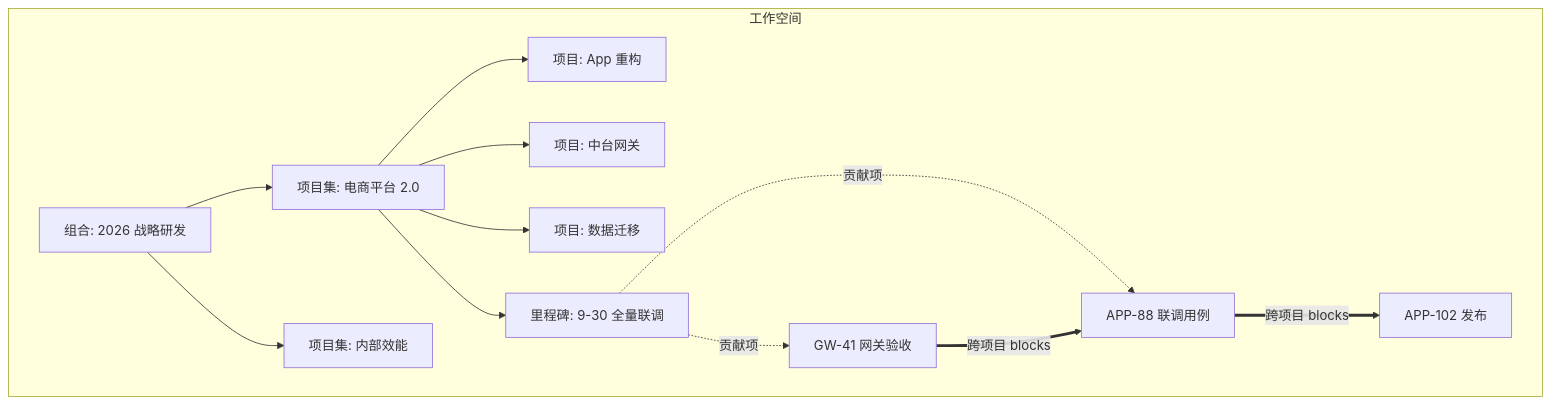
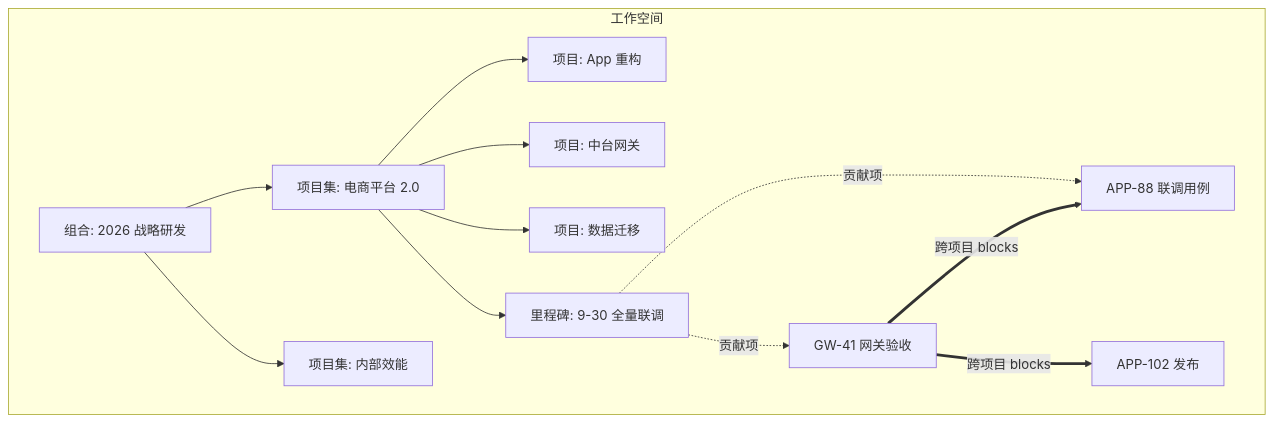
One commit to RabbitAI-Lab/RabbitProjects changed the first of 3 diagrams in docs/sprint-9-enterprise-portfolio/PROJ-004-portfolio.md. Above: the diagram before and after it, drawn with Mermaid. The commit also changed other lines of this file and 5 other files, not shown here.

````diff
--- a/docs/sprint-9-enterprise-portfolio/PROJ-004-portfolio.md
+++ b/docs/sprint-9-enterprise-portfolio/PROJ-004-portfolio.md
@@ -74,16 +74,16 @@
 ```mermaid
 flowchart TB
     subgraph WS["工作空间"]
         P0["组合: 2026 战略研发"]
         P0 --> P1["项目集: 电商平台 2.0"]
         P0 --> P2["项目集: 内部效能"]
         P1 --> PR1["项目: App 重构"]
         P1 --> PR2["项目: 中台网关"]
         P1 --> PR3["项目: 数据迁移"]
         P1 --> M1["里程碑: 9-30 全量联调"]
         M1 -.贡献项.-> T1["APP-88 联调用例"]
         M1 -.贡献项.-> T2["GW-41 网关验收"]
-        T1 ==跨项目 blocks==> T3["APP-102 发布"]
         T2 ==跨项目 blocks==> T1
+        T2 ==跨项目 blocks==> T3["APP-102 发布"]
     end
 ```
````
